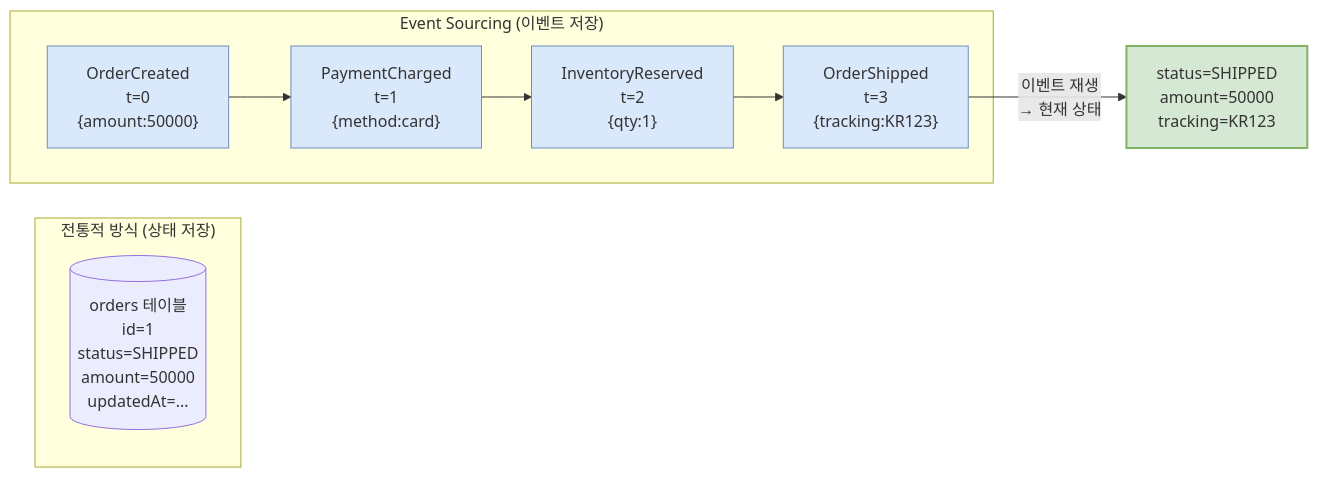
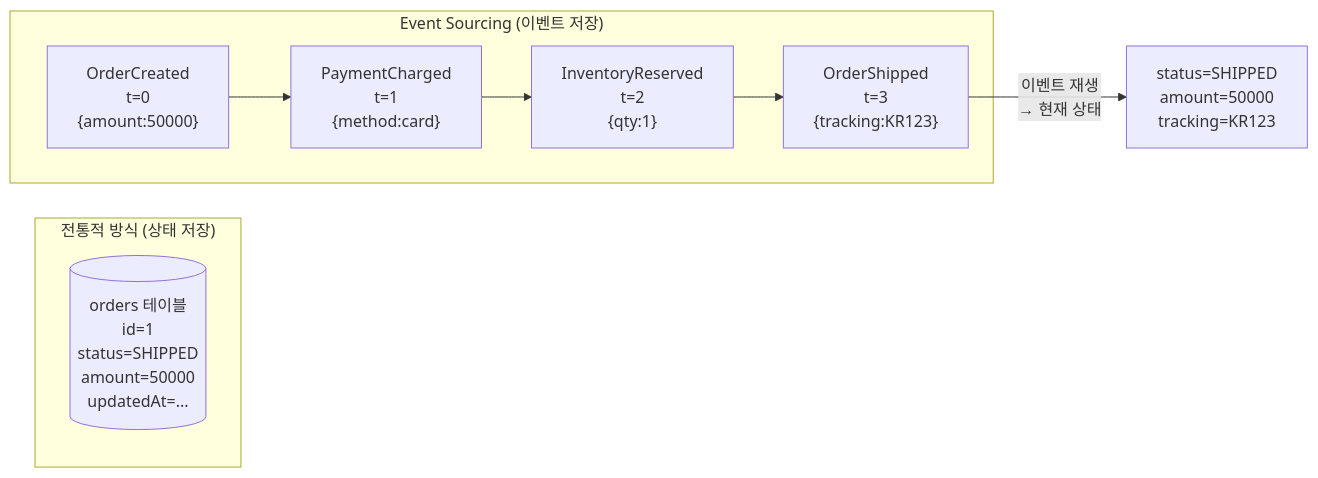
Before and after one commit to yjkim2015/yjkim2015.github.io: the third of 4 diagrams in _posts/architecture/2026-05-01-event-driven.md, drawn with Mermaid. The commit also changed other lines of this file and 215 other files, not shown here.

First line of the commit message:
신규 포스트 10개 추가 + Mermaid 전면 축소 + SystemDesign 시리즈 보강

````diff
--- a/_posts/architecture/2026-05-01-event-driven.md
+++ b/_posts/architecture/2026-05-01-event-driven.md
@@ -167,22 +144,14 @@
 ```mermaid
 graph LR
     subgraph "전통적 방식 (상태 저장)"
         DB1[("orders 테이블\nid=1\nstatus=SHIPPED\namount=50000\nupdatedAt=...")]
     end
-
     subgraph "Event Sourcing (이벤트 저장)"
         E1["OrderCreated\nt=0\n{amount:50000}"]
         E2["PaymentCharged\nt=1\n{method:card}"]
         E3["InventoryReserved\nt=2\n{qty:1}"]
         E4["OrderShipped\nt=3\n{tracking:KR123}"]
         E1 --> E2 --> E3 --> E4
     end
-
     E4 -->|"이벤트 재생\n→ 현재 상태"| STATE["status=SHIPPED\namount=50000\ntracking=KR123"]
-
-    classDef event fill:#DAE8FC,stroke:#6C8EBF
-    classDef state fill:#D5E8D4,stroke:#82B366,stroke-width:2px
-
-    class E1,E2,E3,E4 event
-    class STATE state
 ```
````
